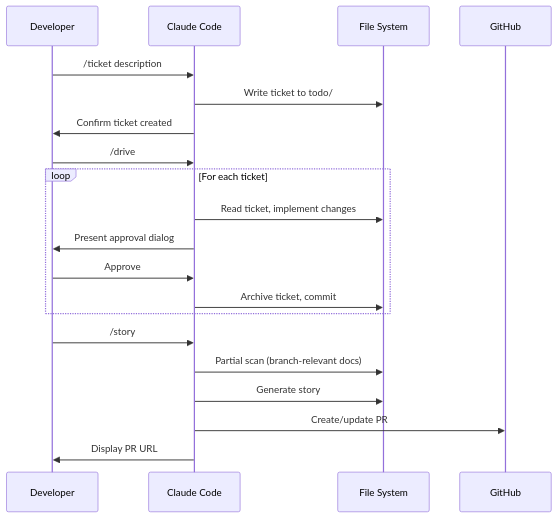
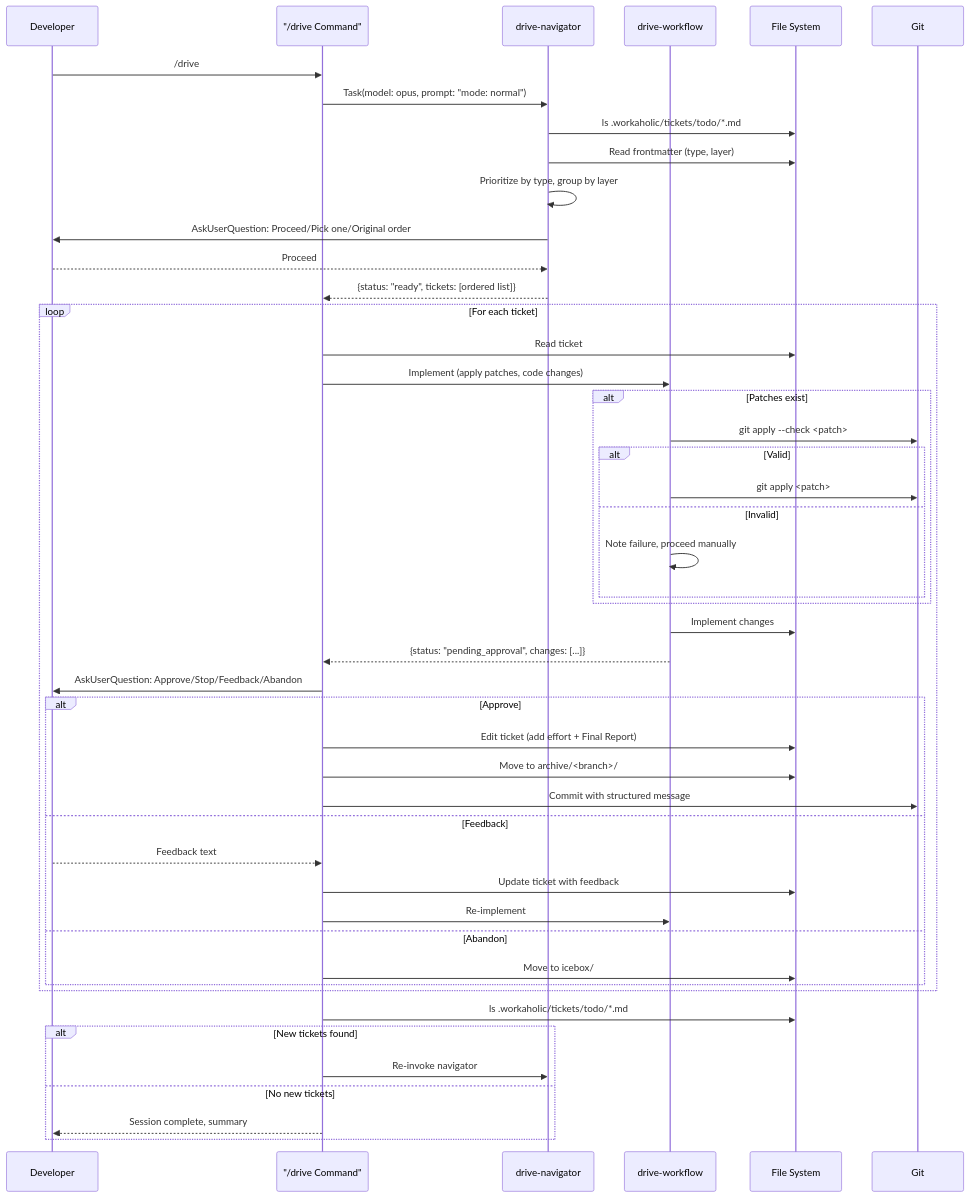
Before and after one commit to qmu/workaholic: the second of 4 diagrams in .workaholic/specs/usecase_ja.md, drawn with Mermaid. The commit also changed other lines of this file and 42 other files, not shown here.

````diff
--- a/.workaholic/specs/usecase_ja.md
+++ b/.workaholic/specs/usecase_ja.md
@@ -67,25 +164,53 @@
 ```mermaid
 sequenceDiagram
     participant Dev as Developer
-    participant CC as Claude Code
+    participant Cmd as "/drive Command"
+    participant Nav as drive-navigator
+    participant Wf as drive-workflow
     participant FS as File System
-    participant GH as GitHub
+    participant Git as Git
 
-    Dev->>CC: /ticket description
-    CC->>FS: Write ticket to todo/
-    CC->>Dev: Confirm ticket created
+    Dev->>Cmd: /drive
+    Cmd->>Nav: Task(model: opus, prompt: "mode: normal")
+    Nav->>FS: ls .workaholic/tickets/todo/*.md
+    Nav->>FS: Read frontmatter (type, layer)
+    Nav->>Nav: Prioritize by type, group by layer
+    Nav->>Dev: AskUserQuestion: Proceed/Pick one/Original order
+    Dev-->>Nav: Proceed
+    Nav-->>Cmd: {status: "ready", tickets: [ordered list]}
 
-    Dev->>CC: /drive
     loop For each ticket
-        CC->>FS: Read ticket, implement changes
-        CC->>Dev: Present approval dialog
-        Dev->>CC: Approve
-        CC->>FS: Archive ticket, commit
+        Cmd->>FS: Read ticket
+        Cmd->>Wf: Implement (apply patches, code changes)
+        alt Patches exist
+            Wf->>Git: git apply --check <patch>
+            alt Valid
+                Wf->>Git: git apply <patch>
+            else Invalid
+                Wf->>Wf: Note failure, proceed manually
+            end
+        end
+        Wf->>FS: Implement changes
+        Wf-->>Cmd: {status: "pending_approval", changes: [...]}
+        Cmd->>Dev: AskUserQuestion: Approve/Stop/Feedback/Abandon
+
+        alt Approve
+            Cmd->>FS: Edit ticket (add effort + Final Report)
+            Cmd->>FS: Move to archive/<branch>/
+            Cmd->>Git: Commit with structured message
+        else Feedback
+            Dev-->>Cmd: Feedback text
+            Cmd->>FS: Update ticket with feedback
+            Cmd->>Wf: Re-implement
+        else Abandon
+            Cmd->>FS: Move to icebox/
+        end
     end
 
-    Dev->>CC: /story
-    CC->>FS: Partial scan (branch-relevant docs)
-    CC->>FS: Generate story
-    CC->>GH: Create/update PR
-    CC->>Dev: Display PR URL
+    Cmd->>FS: ls .workaholic/tickets/todo/*.md
+    alt New tickets found
+        Cmd->>Nav: Re-invoke navigator
+    else No new tickets
+        Cmd-->>Dev: Session complete, summary
+    end
 ```
````
